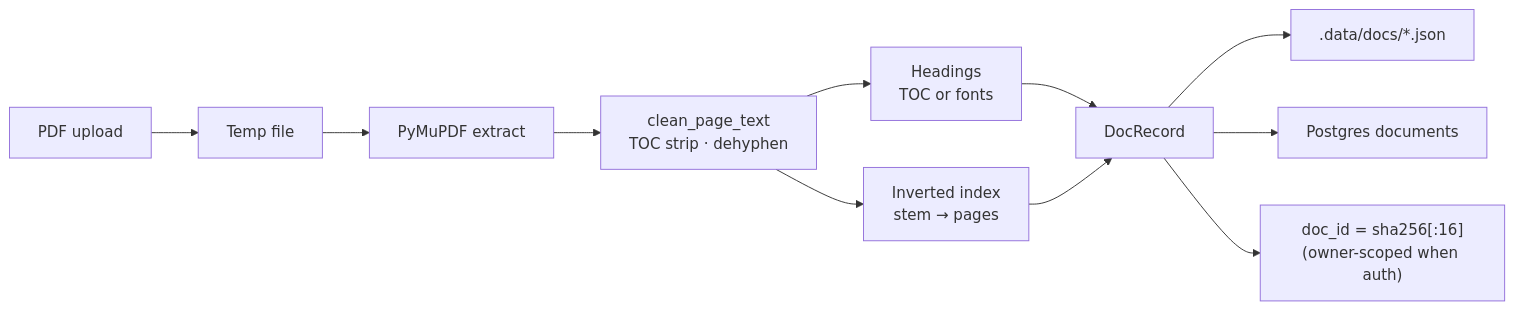
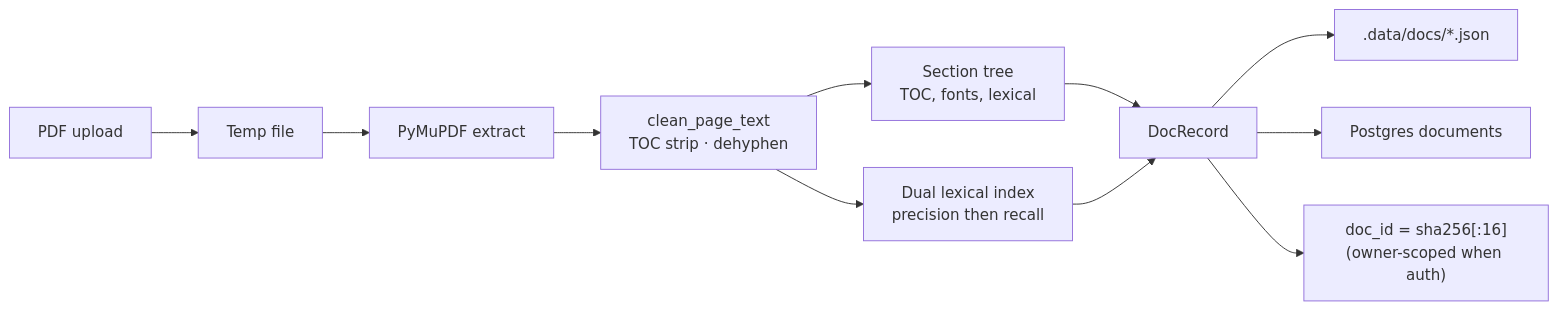
The fifth of 9 diagrams in README.md (riyaz-ahamed-07/SixCall), drawn with Mermaid before and after one commit. The commit also changed other lines of this file and 26 other files, not shown here.

````diff
--- a/README.md
+++ b/README.md
@@ -227,13 +215,13 @@
 ```mermaid
 flowchart LR
   PDF["PDF upload"] --> TMP["Temp file"]
   TMP --> PYM["PyMuPDF extract"]
   PYM --> CLEAN["clean_page_text<br/>TOC strip · dehyphen"]
-  CLEAN --> HEAD["Headings<br/>TOC or fonts"]
-  CLEAN --> IDX["Inverted index<br/>stem → pages"]
+  CLEAN --> HEAD["Section tree<br/>TOC, fonts, lexical"]
+  CLEAN --> IDX["Dual lexical index<br/>precision then recall"]
   HEAD --> REC["DocRecord"]
   IDX --> REC
   REC --> DISK[".data/docs/*.json"]
   REC --> PG["Postgres documents"]
   REC --> ID["doc_id = sha256[:16]<br/>(owner-scoped when auth)"]
 ```
````
